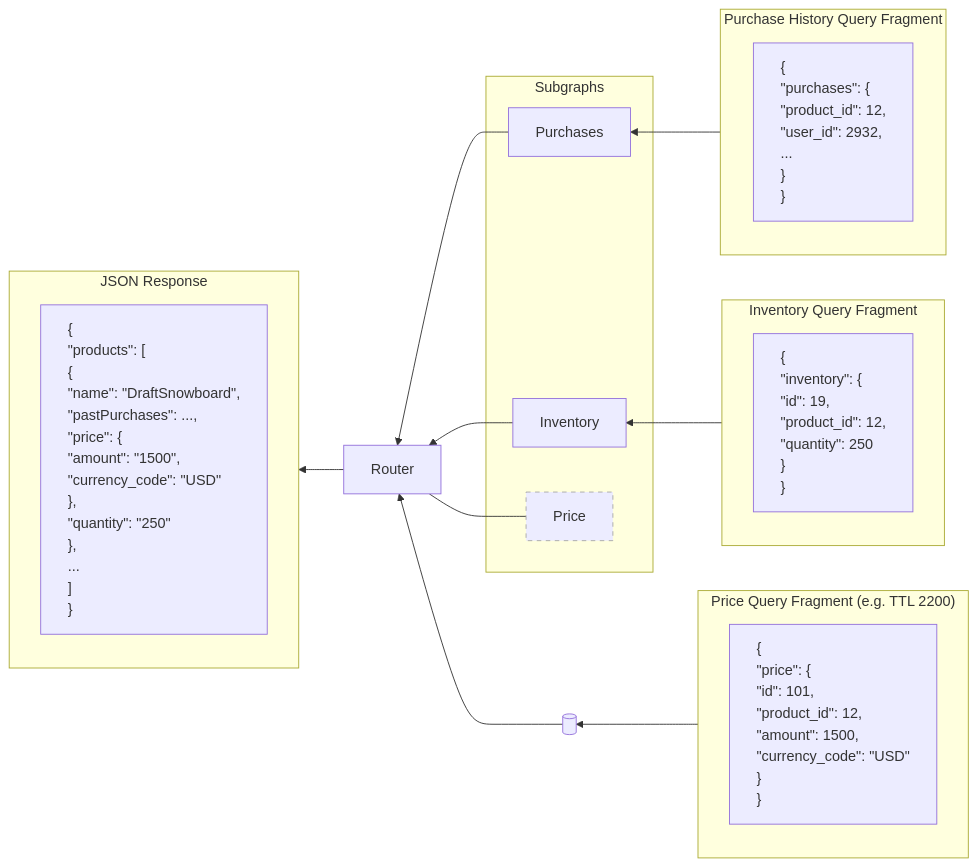
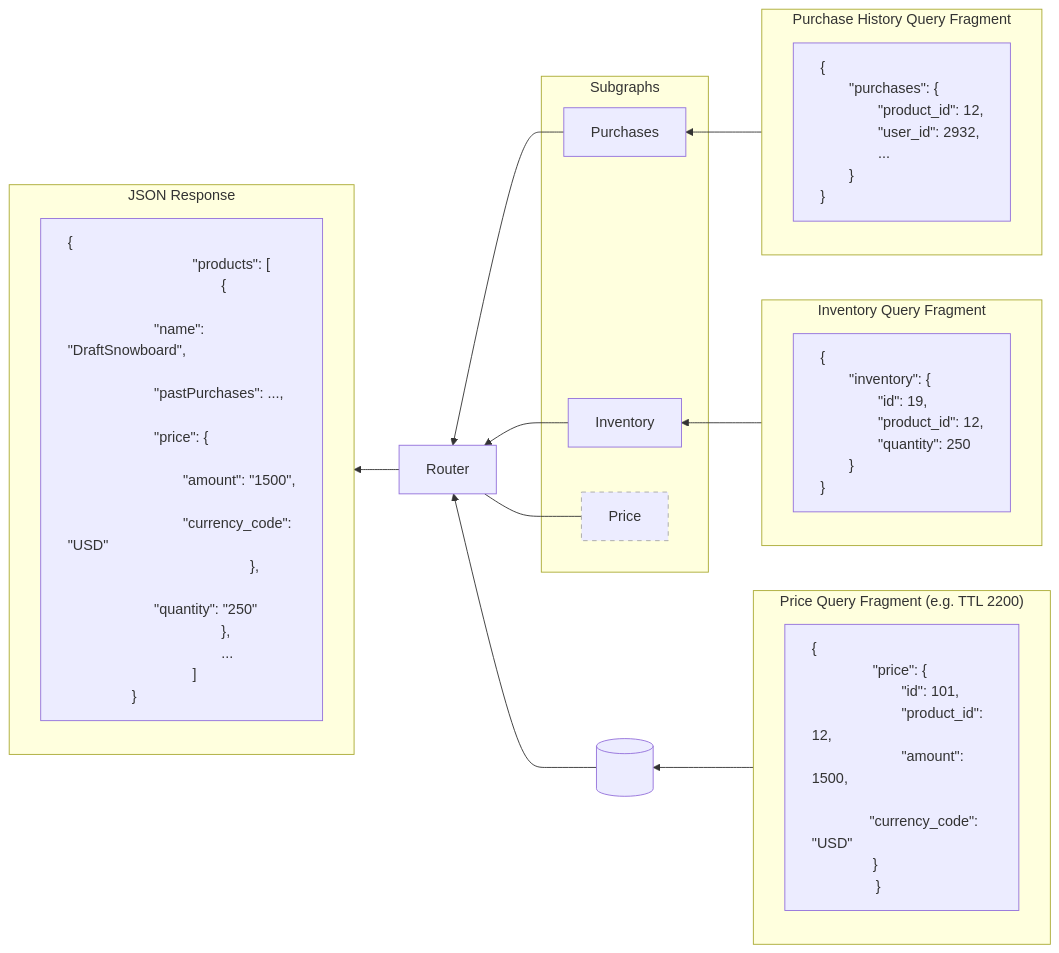
Before and after one commit to apollographql/router: the first of 2 diagrams in docs/source/routing/performance/caching/entity.mdx, drawn with Mermaid. The commit also changed other lines of this file, not shown here.

Commit message:
Use <del> tags

````diff
--- a/docs/source/routing/performance/caching/entity.mdx
+++ b/docs/source/routing/performance/caching/entity.mdx
@@ -66,74 +66,74 @@
 ```mermaid
 flowchart RL
 	subgraph QueryResponse["JSON Response"]
 		n1["{
-			&quot;products&quot;: [
-			{
-			&quot;name&quot;: &quot;DraftSnowboard&quot;,
-			&quot;pastPurchases&quot;: ...,
-			&quot;price&quot;: {
-			&quot;amount&quot;: &quot;1500&quot;,
-			&quot;currency_code&quot;: &quot;USD&quot;
-			},
-			&quot;quantity&quot;: &quot;250&quot;
-			},
-			...
-			]		
+			&emsp;&emsp;&quot;products&quot;: [
+			&emsp;&emsp;&emsp;&emsp;{
+			&emsp;&emsp;&emsp;&emsp;&emsp;&emsp;&quot;name&quot;: &quot;DraftSnowboard&quot;,
+			&emsp;&emsp;&emsp;&emsp;&emsp;&emsp;&quot;pastPurchases&quot;: ...,
+			&emsp;&emsp;&emsp;&emsp;&emsp;&emsp;&quot;price&quot;: {
+			&emsp;&emsp;&emsp;&emsp;&emsp;&emsp;&emsp;&emsp;&quot;amount&quot;: &quot;1500&quot;,
+			&emsp;&emsp;&emsp;&emsp;&emsp;&emsp;&emsp;&emsp;&quot;currency_code&quot;: &quot;USD&quot;
+			&emsp;&emsp;&emsp;&emsp;&emsp;&emsp;},
+			&emsp;&emsp;&emsp;&emsp;&emsp;&emsp;&quot;quantity&quot;: &quot;250&quot;
+			&emsp;&emsp;&emsp;&emsp;},
+			&emsp;&emsp;&emsp;&emsp;...
+			&emsp;&emsp;]		
 		}"]
     end
 
 	subgraph Subgraphs["Subgraphs"]
 		Purchases["Purchases"]
 		Inventory["Inventory"]
 		Price["Price"]
 	end
 
 	subgraph PriceQueryFragment["Price Query Fragment (e.g. TTL 2200)"]
 		n2["{
-    	&quot;price&quot;: {
-        &quot;id&quot;: 101,
-        &quot;product_id&quot;: 12,
-        &quot;amount&quot;: 1500,
-        &quot;currency_code&quot;: &quot;USD&quot;
-    	}
+    	&emsp;&emsp;&quot;price&quot;: {
+        &emsp;&emsp;&emsp;&emsp;&quot;id&quot;: 101,
+        &emsp;&emsp;&emsp;&emsp;&quot;product_id&quot;: 12,
+        &emsp;&emsp;&emsp;&emsp;&quot;amount&quot;: 1500,
+        &emsp;&emsp;&emsp;&emsp;&quot;currency_code&quot;: &quot;USD&quot;
+    	&emsp;&emsp;}
 		}"]
 	end
 
 	subgraph PurchaseHistoryQueryFragment["Purchase History Query Fragment"]
 		n3["{
-			&quot;purchases&quot;: {
-			&quot;product_id&quot;: 12,
-			&quot;user_id&quot;: 2932,
-			...
-			}
+			&emsp;&emsp;&quot;purchases&quot;: {
+			&emsp;&emsp;&emsp;&emsp;&quot;product_id&quot;: 12,
+			&emsp;&emsp;&emsp;&emsp;&quot;user_id&quot;: 2932,
+			&emsp;&emsp;&emsp;&emsp;...
+			&emsp;&emsp;}
 		}"]
 	end
 
 	subgraph InventoryQueryFragment["Inventory Query Fragment"]
 		n4["{
-			&quot;inventory&quot;: {
-			&quot;id&quot;: 19,
-			&quot;product_id&quot;: 12,
-			&quot;quantity&quot;: 250
-			}
+			&emsp;&emsp;&quot;inventory&quot;: {
+			&emsp;&emsp;&emsp;&emsp;&quot;id&quot;: 19,
+			&emsp;&emsp;&emsp;&emsp;&quot;product_id&quot;: 12,
+			&emsp;&emsp;&emsp;&emsp;&quot;quantity&quot;: 250
+			&emsp;&emsp;}
 		}"]
 	end
 
 	Router
-	Database[( )]
+	Database[("&emsp;&emsp;&emsp;")]
 
   Router --> QueryResponse
 	Purchases --> Router
 	Inventory --> Router
 	Price --- Router
 	PriceQueryFragment --> Database
 	PurchaseHistoryQueryFragment --> Purchases
 	InventoryQueryFragment --> Inventory
 	Database --> Router
 
 	style n1 text-align:left
 	style n2 text-align:left
 	style n3 text-align:left
 	style n4 text-align:left
 	style Price border:none,stroke-width:1px,stroke-dasharray:5 5,stroke:#A6A6A6
 ```
````
